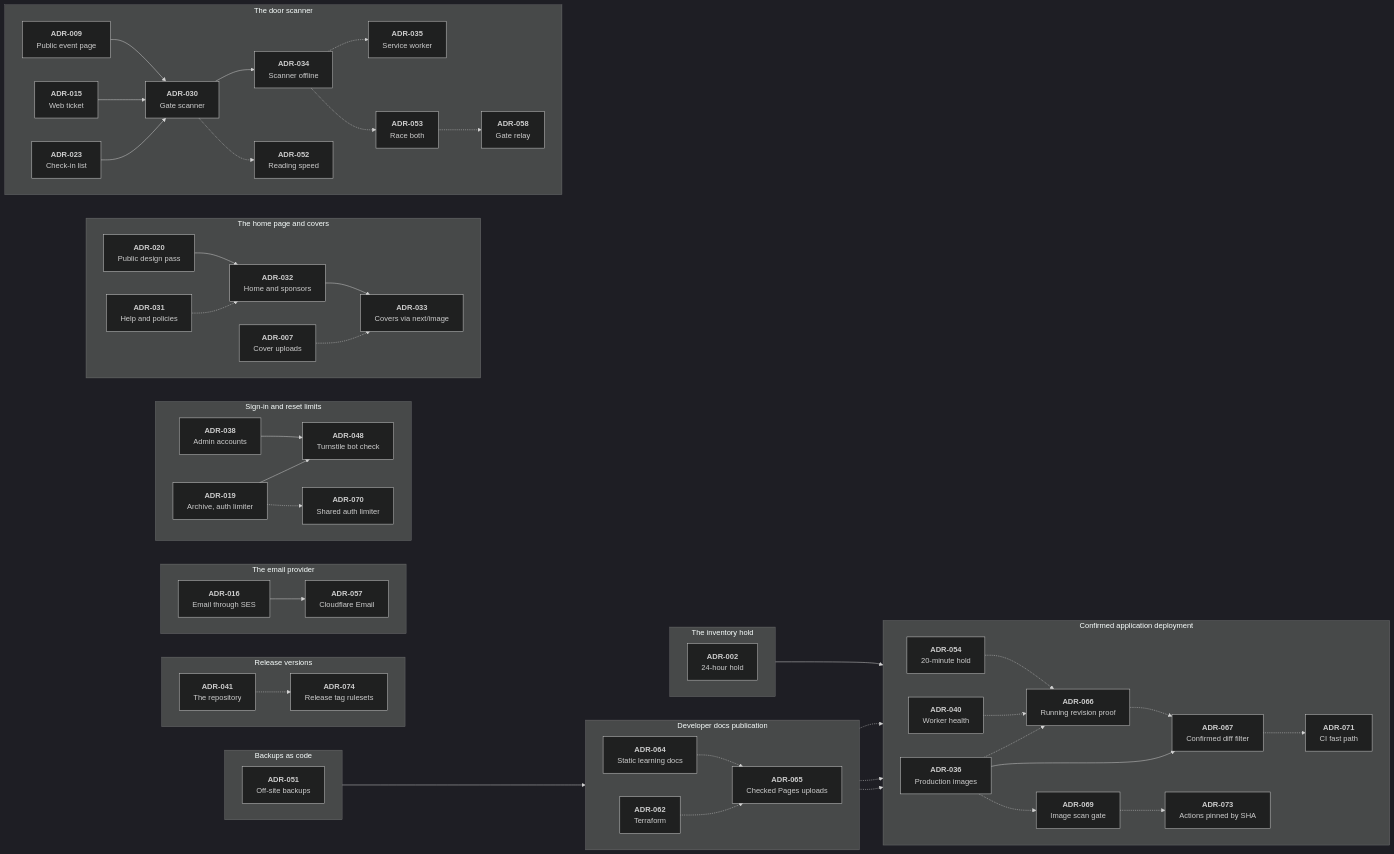
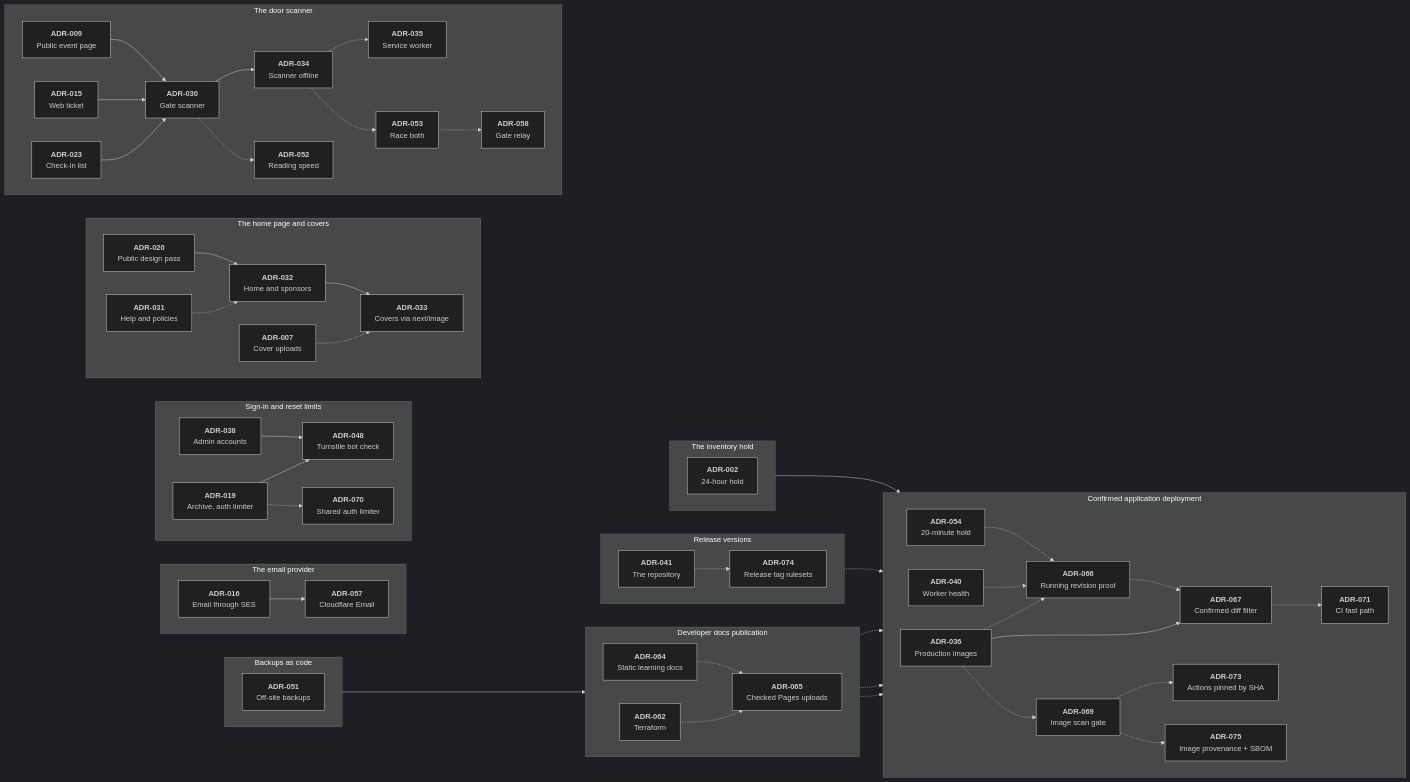
The diagram in docs/decisions/README.md (Ashfak-Hossain/EchoAndAura), drawn with Mermaid (dark theme) before and after one commit. The commit also changed other lines of this file and 8 other files, not shown here.

First line of the commit message:
chore(github): sign provenance and an SBOM for every production image

```diff
--- a/docs/decisions/README.md
+++ b/docs/decisions/README.md
@@ -79,6 +79,8 @@
         CI fast path`"]
         a073["`**ADR-073**
         Actions pinned by SHA`"]
+        a075["`**ADR-075**
+        Image provenance + SBOM`"]
         a036 -.-> a066
         a040 -.-> a066
         a054 -.-> a066
@@ -90,6 +92,7 @@
         a065 -.-> a071
         a067 -.-> a071
         a069 -.-> a073
+        a069 -.-> a075
     end
     %% Mermaid draws the last group on top, so the groups are declared bottom first.
     subgraph backups ["Backups as code"]
@@ -108,6 +111,7 @@
         a074["`**ADR-074**
         Release tag rulesets`"]
         a041 -.-> a074
+        a074 -.-> a075
     end
 
     subgraph mail ["The email provider"]
```
